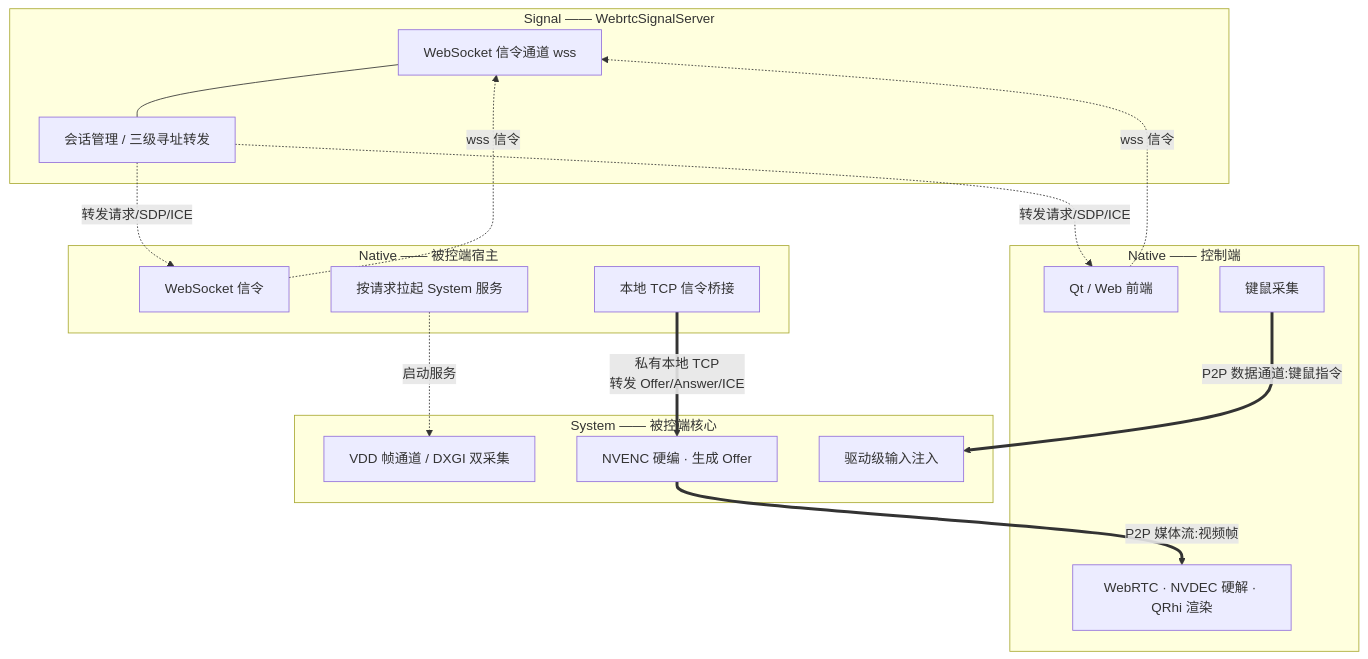
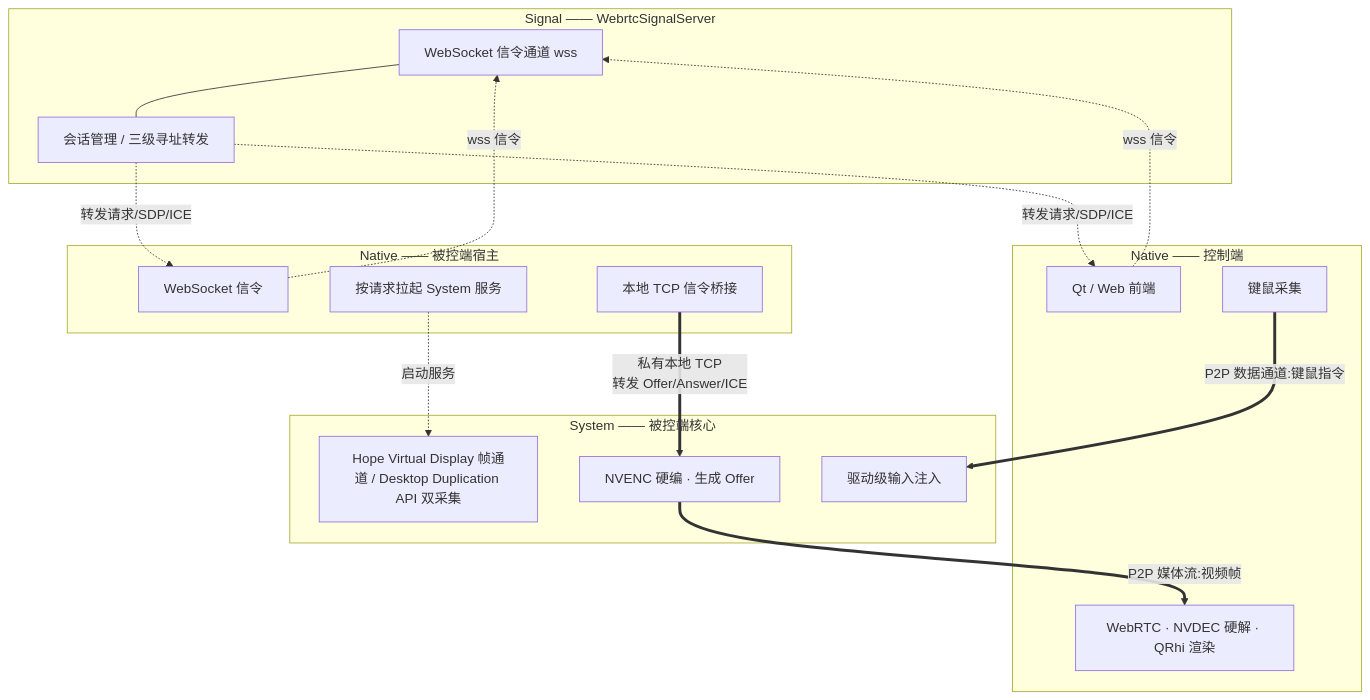
The diagram in README.md (HopeTiga/HopeDesk), drawn with Mermaid before and after one commit. The commit also changed other lines of this file, not shown here.

````diff
--- a/README.md
+++ b/README.md
@@ -24,35 +24,35 @@
 ```mermaid
 graph TD
     subgraph S [Signal —— WebrtcSignalServer]
         S1[WebSocket 信令通道 wss]
         S2[会话管理 / 三级寻址转发]
         S1 --- S2
     end
 
     subgraph NA [Native —— 控制端]
         NA1[Qt / Web 前端]
         NA2[WebRTC · NVDEC 硬解 · QRhi 渲染]
         NA3[键鼠采集]
     end
 
     subgraph NB [Native —— 被控端宿主]
         NB1[WebSocket 信令]
         NB2[本地 TCP 信令桥接]
         NB3[按请求拉起 System 服务]
     end
 
     subgraph M [System —— 被控端核心]
-        M1[VDD 帧通道 / DXGI 双采集]
+        M1[Hope Virtual Display 帧通道 / Desktop Duplication API 双采集]
         M2[NVENC 硬编 · 生成 Offer]
         M3[驱动级输入注入]
     end
 
     NA1 -. wss 信令 .-> S1
     NB1 -. wss 信令 .-> S1
     S2 -. 转发请求/SDP/ICE .-> NA1
     S2 -. 转发请求/SDP/ICE .-> NB1
     NB3 -. 启动服务 .-> M1
     NB2 == 私有本地 TCP<br/>转发 Offer/Answer/ICE ==> M2
     M2 == P2P 媒体流:视频帧 ==> NA2
     NA3 == P2P 数据通道:键鼠指令 ==> M3
 ```
````
